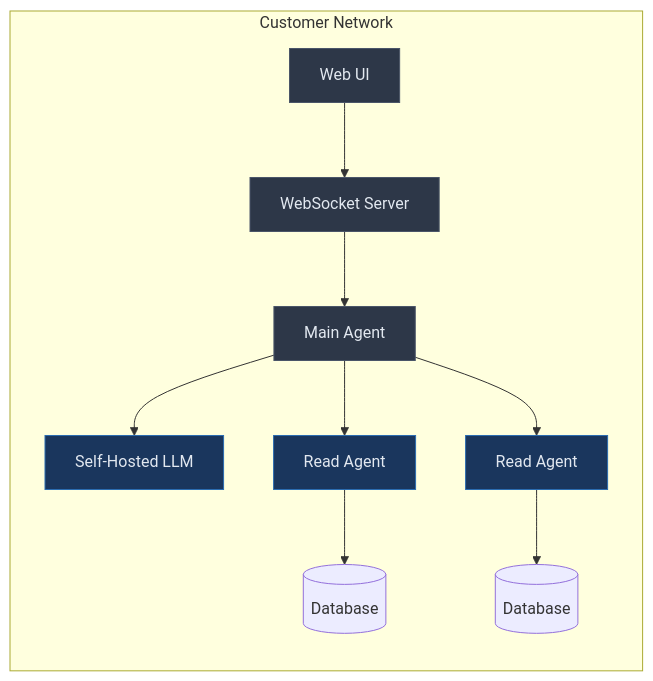
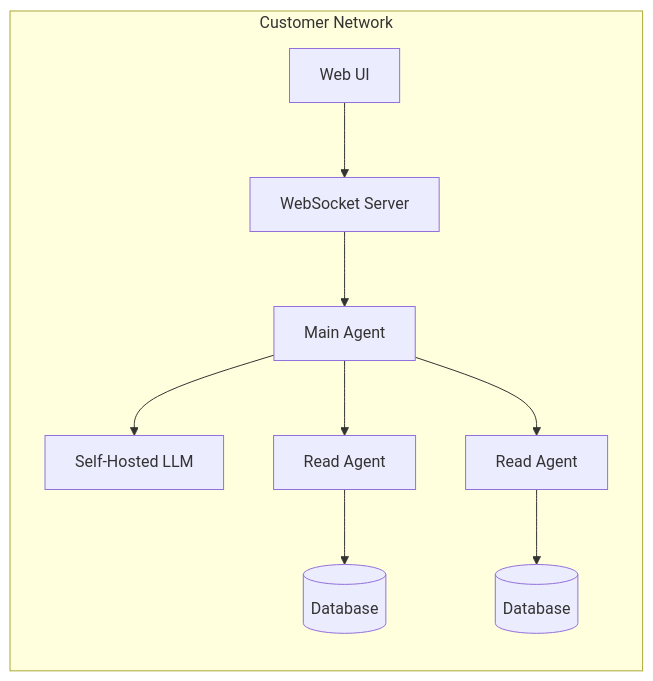
One commit to ashishsuperatom/tech-docs changed the diagram in security/network.mdx. Above: the diagram before and after it, drawn with Mermaid. The commit also changed other lines of this file and 37 other files, not shown here.

First line of the commit message:
Clean up docs: remove em-dashes, fix mermaid diagrams, remove emojis

````diff
--- a/security/network.mdx
+++ b/security/network.mdx
@@ -43,19 +43,13 @@
 ```mermaid
 graph LR
     subgraph Customer Network
         UI["Web UI"] --> WS["WebSocket Server"]
         WS --> MA["Main Agent"]
         MA --> LLM["Self-Hosted LLM"]
         MA --> RA1["Read Agent"]
         MA --> RA2["Read Agent"]
         RA1 --> DB1[(Database)]
         RA2 --> DB2[(Database)]
     end
 
-    style UI fill:#2d3748,stroke:#4a5568,color:#e2e8f0
-    style WS fill:#2d3748,stroke:#4a5568,color:#e2e8f0
-    style MA fill:#2d3748,stroke:#4a5568,color:#e2e8f0
-    style LLM fill:#1a365d,stroke:#2b6cb0,color:#e2e8f0
-    style RA1 fill:#1a365d,stroke:#2b6cb0,color:#e2e8f0
-    style RA2 fill:#1a365d,stroke:#2b6cb0,color:#e2e8f0
 ```
````
